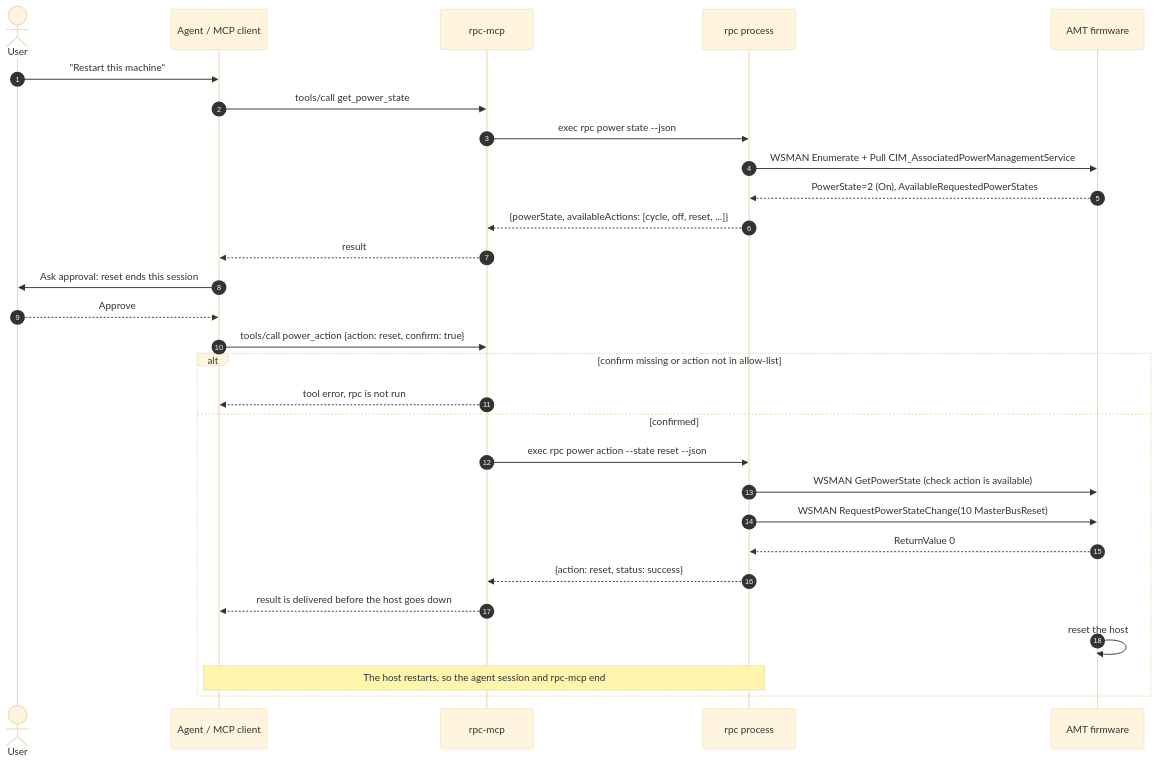
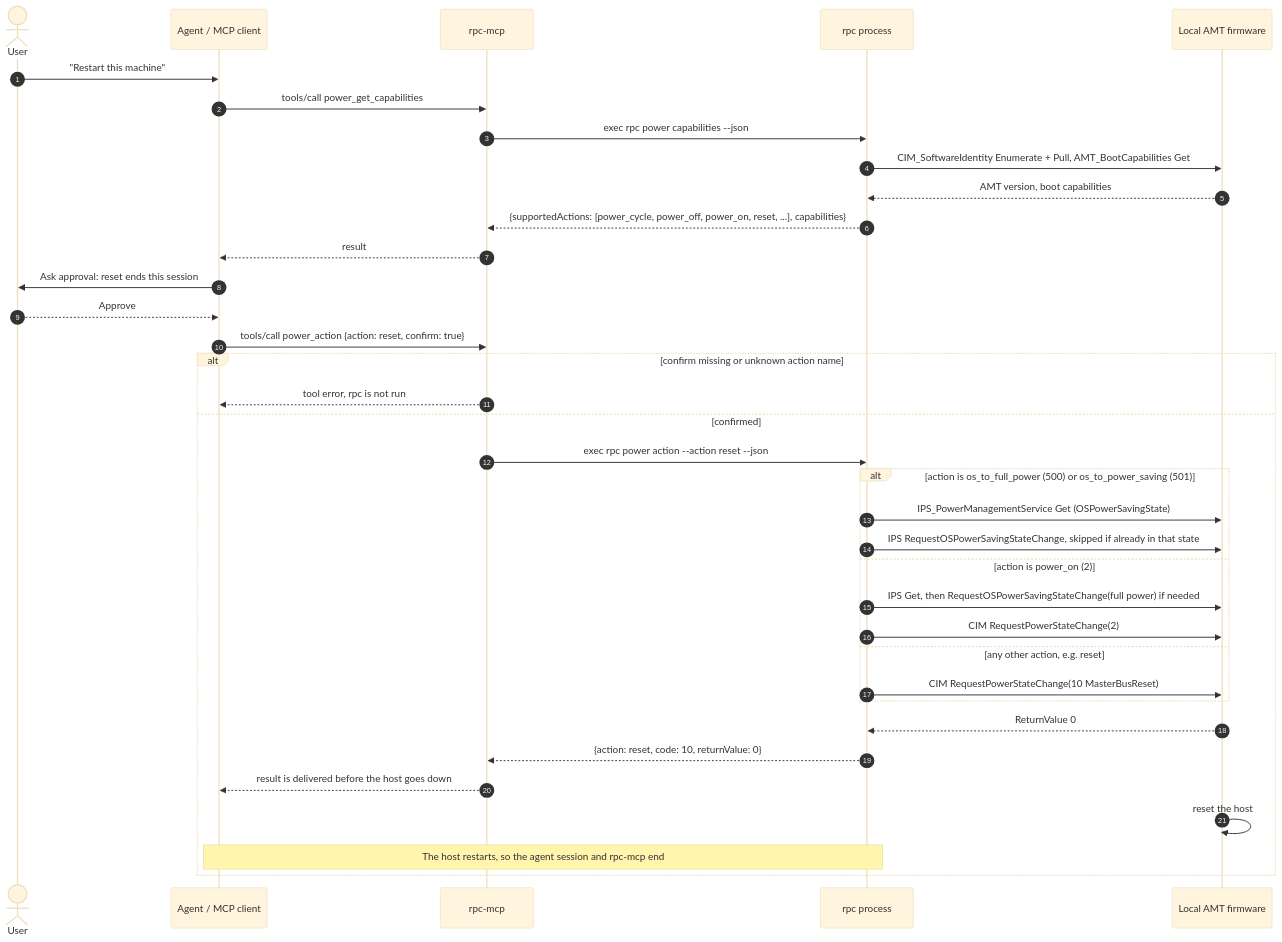
One commit to device-management-toolkit/rpc-go changed the sixth of 8 diagrams in mcp/docs/ARCHITECTURE.md. Above: the diagram before and after it, drawn with Mermaid (base theme). The commit also changed other lines of this file and 16 other files, not shown here.

````diff
--- a/mcp/docs/ARCHITECTURE.md
+++ b/mcp/docs/ARCHITECTURE.md
@@ -260,32 +310,39 @@
 ```mermaid
 sequenceDiagram
     autonumber
     actor U as User
     participant A as Agent / MCP client
     participant M as rpc-mcp
     participant R as rpc process
-    participant F as AMT firmware
+    participant F as Local AMT firmware
 
     U->>A: "Restart this machine"
-    A->>M: tools/call get_power_state
-    M->>R: exec rpc power state --json
-    R->>F: WSMAN Enumerate + Pull CIM_AssociatedPowerManagementService
-    F-->>R: PowerState=2 (On), AvailableRequestedPowerStates
-    R-->>M: {powerState, availableActions: [cycle, off, reset, ...]}
+    A->>M: tools/call power_get_capabilities
+    M->>R: exec rpc power capabilities --json
+    R->>F: CIM_SoftwareIdentity Enumerate + Pull, AMT_BootCapabilities Get
+    F-->>R: AMT version, boot capabilities
+    R-->>M: {supportedActions: [power_cycle, power_off, power_on, reset, ...], capabilities}
     M-->>A: result
     A->>U: Ask approval: reset ends this session
     U-->>A: Approve
     A->>M: tools/call power_action {action: reset, confirm: true}
-    alt confirm missing or action not in allow-list
+    alt confirm missing or unknown action name
         M-->>A: tool error, rpc is not run
     else confirmed
-        M->>R: exec rpc power action --state reset --json
-        R->>F: WSMAN GetPowerState (check action is available)
-        R->>F: WSMAN RequestPowerStateChange(10 MasterBusReset)
+        M->>R: exec rpc power action --action reset --json
+        alt action is os_to_full_power (500) or os_to_power_saving (501)
+            R->>F: IPS_PowerManagementService Get (OSPowerSavingState)
+            R->>F: IPS RequestOSPowerSavingStateChange, skipped if already in that state
+        else action is power_on (2)
+            R->>F: IPS Get, then RequestOSPowerSavingStateChange(full power) if needed
+            R->>F: CIM RequestPowerStateChange(2)
+        else any other action, e.g. reset
+            R->>F: CIM RequestPowerStateChange(10 MasterBusReset)
+        end
         F-->>R: ReturnValue 0
-        R-->>M: {action: reset, status: success}
+        R-->>M: {action: reset, code: 10, returnValue: 0}
         M-->>A: result is delivered before the host goes down
         F->>F: reset the host
         Note over A,R: The host restarts, so the agent session and rpc-mcp end
     end
 ```
````
